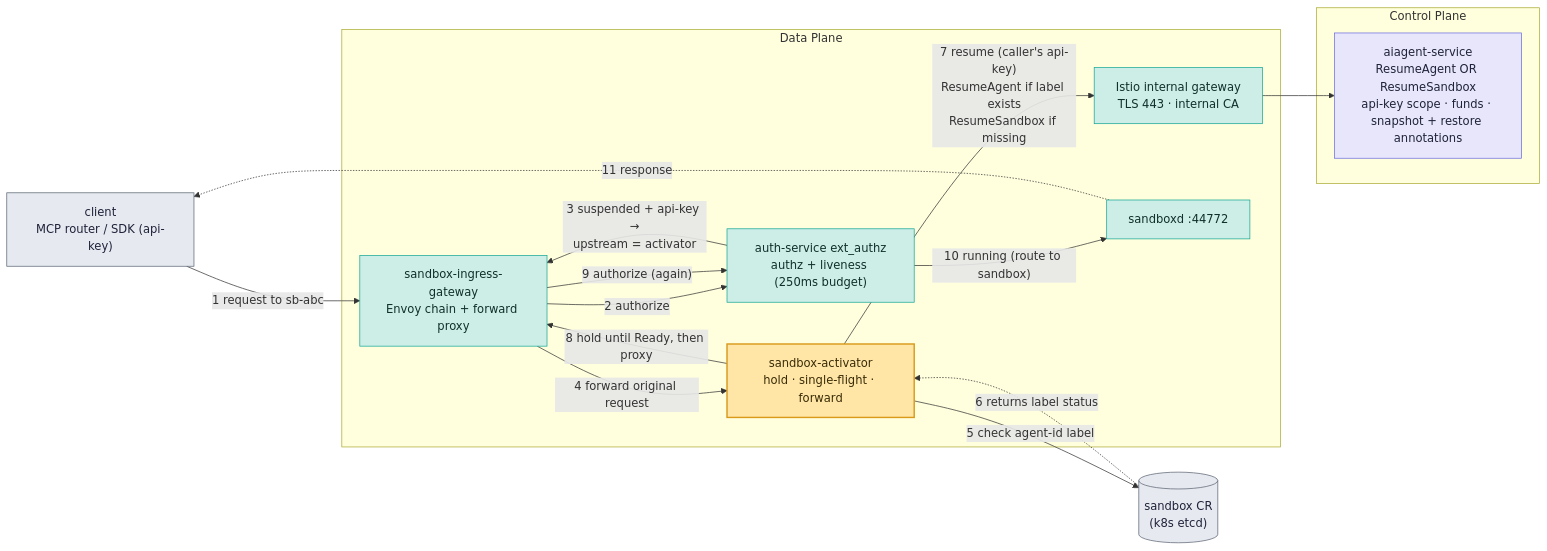
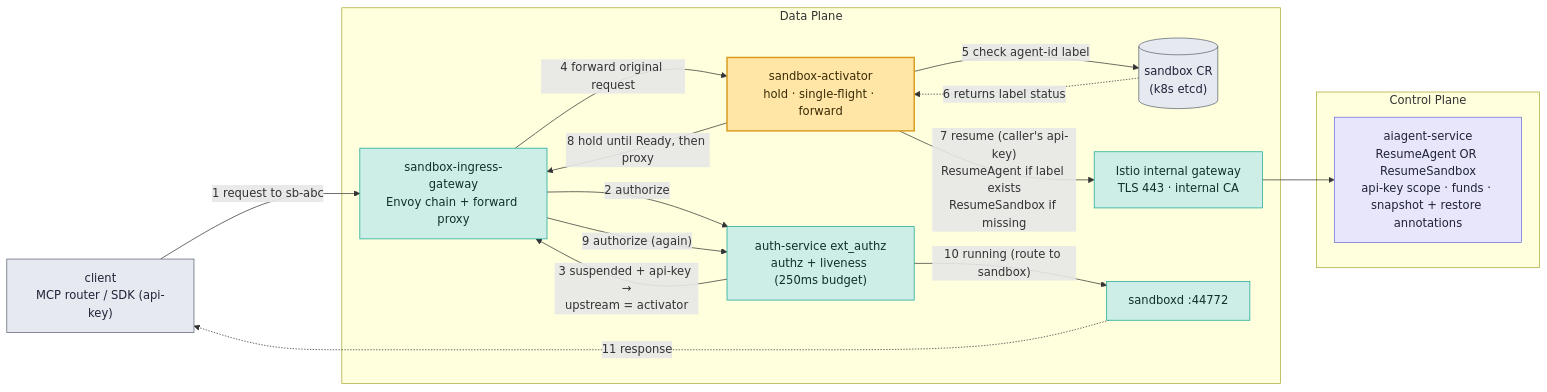
Before and after one commit to chandini1727/documentation-: the first of 2 diagrams in README.md, drawn with Mermaid.

````diff
--- a/README.md
+++ b/README.md
@@ -37,35 +37,35 @@
 ```mermaid
 flowchart LR
     cl["client<br/>MCP router / SDK (api-key)"]:::store
-    cr[("sandbox CR<br/>(k8s etcd)")]:::store
 
     subgraph DP [Data Plane]
+        cr[("sandbox CR<br/>(k8s etcd)")]:::store
         gw["sandbox-ingress-gateway<br/>Envoy chain + forward proxy"]:::dp
         az["auth-service ext_authz<br/>authz + liveness (250ms budget)"]:::dp
         act["sandbox-activator<br/>hold · single-flight · forward"]:::star
         igw["Istio internal gateway<br/>TLS 443 · internal CA"]:::dp
         sd["sandboxd :44772"]:::dp
     end
 
     subgraph CP [Control Plane]
         cp["aiagent-service<br/>ResumeAgent OR ResumeSandbox<br/>api-key scope · funds · snapshot + restore annotations"]:::cp
     end
 
     cl -->|"1 request to sb-abc"| gw
     gw -->|"2 authorize"| az
     az -->|"3 suspended + api-key →<br/>upstream = activator"| gw
     gw -->|"4 forward original request"| act
     act -->|"5 check agent-id label"| cr
     cr -.->|"6 returns label status"| act
     act -->|"7 resume (caller's api-key)<br/>ResumeAgent if label exists<br/>ResumeSandbox if missing"| igw
     igw --> cp
     act -->|"8 hold until Ready, then proxy"| gw
     gw -->|"9 authorize (again)"| az
     az -->|"10 running (route to sandbox)"| sd
     sd -.->|"11 response"| cl
 
     classDef cp fill:#e7e6fb,stroke:#6b6be0,color:#20233a
     classDef dp fill:#cdeee7,stroke:#12a594,color:#10302b
     classDef star fill:#ffe6a7,stroke:#d99a1c,stroke-width:2px,color:#3a2c07
     classDef store fill:#e6e9ef,stroke:#5b6472,color:#20233a
 ```
````
